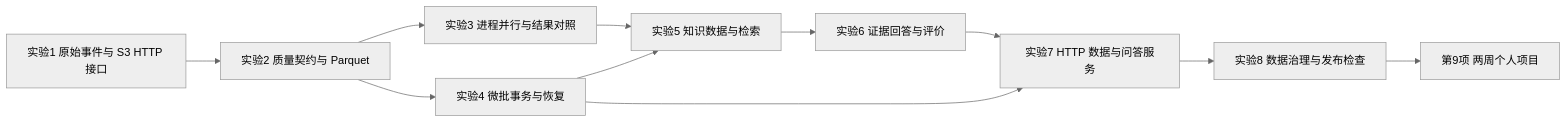
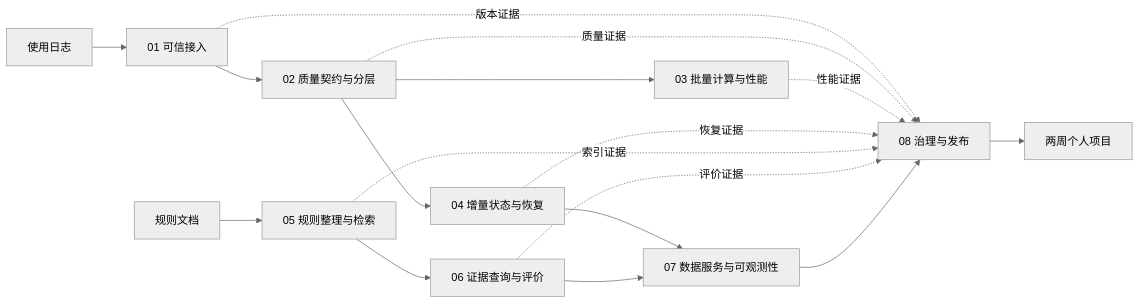
One commit to guoketg/course_cloude_computing changed the diagram in 课程总体设计方案.md. Above: the diagram before and after it, drawn with Mermaid (neutral theme). The commit also changed other lines of this file and 74 other files, not shown here.

````diff
--- a/课程总体设计方案.md
+++ b/课程总体设计方案.md
@@ -38,13 +40,16 @@
 ```mermaid
 flowchart LR
-  A[实验1 原始事件与 S3 HTTP 接口] --> B[实验2 质量契约与 Parquet]
-  B --> C[实验3 进程并行与结果对照]
-  B --> D[实验4 微批事务与恢复]
-  C --> E[实验5 知识数据与检索]
-  D --> E
-  E --> F[实验6 证据回答与评价]
-  D --> G[实验7 HTTP 数据与问答服务]
+  L[使用日志] --> A[01 可信接入] --> B[02 质量契约与分层]
+  B --> C[03 批量计算与性能]
+  B --> D[04 增量状态与恢复]
+  R[规则文档] --> E[05 规则整理与检索] --> F[06 证据查询与评价]
+  D --> G[07 数据服务与可观测性]
   F --> G
-  G --> H[实验8 数据治理与发布检查]
-  H --> I[第9项 两周个人项目]
+  A -.版本证据.-> H[08 治理与发布]
+  B -.质量证据.-> H
+  C -.性能证据.-> H
+  D -.恢复证据.-> H
+  E -.索引证据.-> H
+  F -.评价证据.-> H
+  G --> H --> I[两周个人项目]
 ```
````
